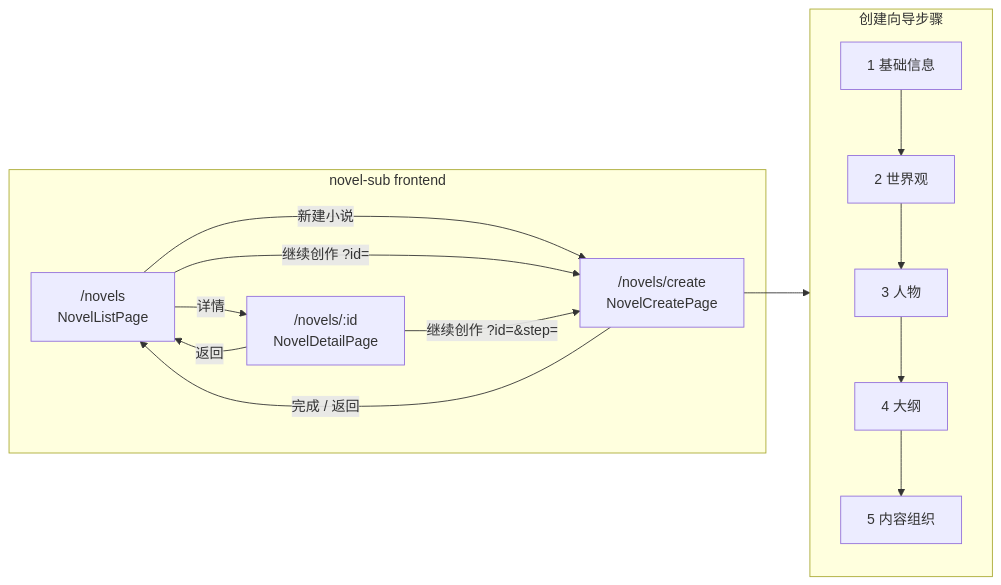
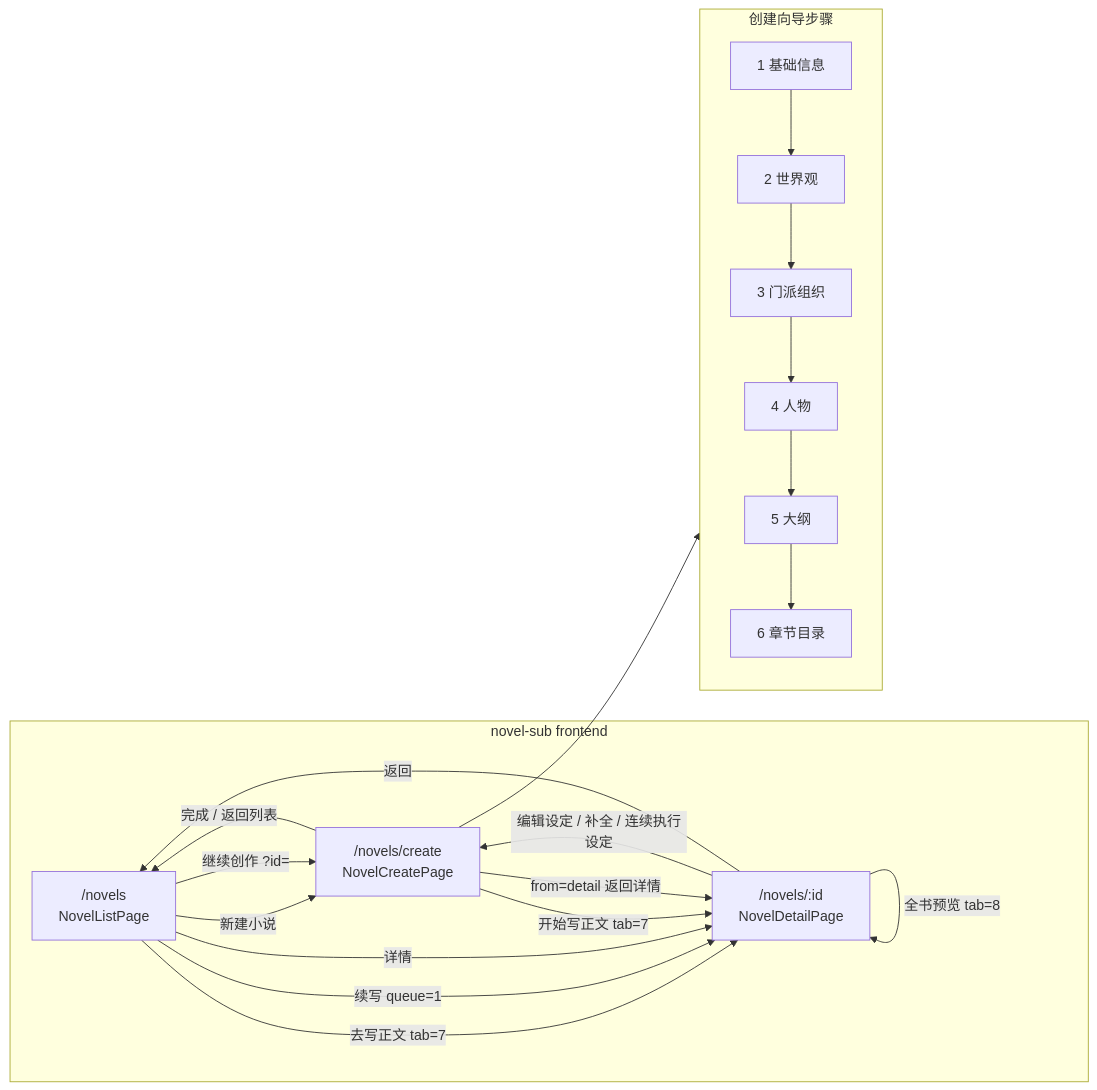
One commit to InsectYan/admin-management-station changed the first of 4 diagrams in project-sub/novel-sub/docs/架构关系图.md. Above: the diagram before and after it, drawn with Mermaid. The commit also changed other lines of this file and 85 other files, not shown here.

````diff
--- a/project-sub/novel-sub/docs/架构关系图.md
+++ b/project-sub/novel-sub/docs/架构关系图.md
@@ -7,25 +7,31 @@
 ```mermaid
 flowchart LR
   subgraph novel_sub["novel-sub frontend"]
     L["/novels<br/>NovelListPage"]
     C["/novels/create<br/>NovelCreatePage"]
     D["/novels/:id<br/>NovelDetailPage"]
     L -->|"新建小说"| C
     L -->|"继续创作 ?id="| C
+    L -->|"去写正文 tab=7"| D
+    L -->|"续写 queue=1"| D
     L -->|"详情"| D
-    D -->|"继续创作 ?id=&step="| C
+    D -->|"全书预览 tab=8"| D
+    D -->|"编辑设定 / 补全 / 连续执行设定"| C
     D -->|"返回"| L
-    C -->|"完成 / 返回"| L
+    C -->|"开始写正文 tab=7"| D
+    C -->|"from=detail 返回详情"| D
+    C -->|"完成 / 返回列表"| L
   end
 
   subgraph steps["创建向导步骤"]
     S1[1 基础信息]
     S2[2 世界观]
-    S3[3 人物]
-    S4[4 大纲]
-    S5[5 内容组织]
-    S1 --> S2 --> S3 --> S4 --> S5
+    S3[3 门派组织]
+    S4[4 人物]
+    S5[5 大纲]
+    S6[6 章节目录]
+    S1 --> S2 --> S3 --> S4 --> S5 --> S6
   end
 
   C --> steps
 ```
````
